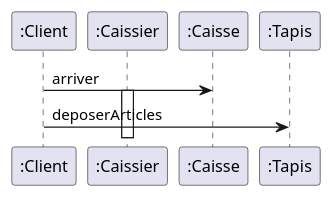
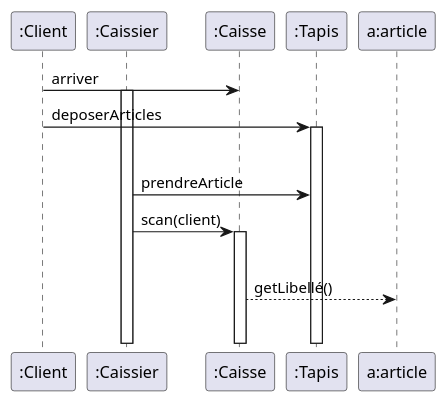
One commit to IUT-Blagnac/bcoo-NicolasIUT changed the diagram in TD05/TD5.2.1.plantuml. Above: the diagram before and after it, drawn with PlantUML.

```diff
--- a/TD05/TD5.2.1.plantuml
+++ b/TD05/TD5.2.1.plantuml
@@ -1,21 +1,35 @@
 @startuml TD5.2.1
 
 
 participant client as ":Client"
 participant caissier as ":Caissier"
 participant caisse as ":Caisse"
 
 
 client -> caisse: arriver
 
 activate caissier
 
 participant tapis as ":Tapis"
 
 client -> tapis: deposerArticles
 
+activate tapis
+
+loop "Pour chaque article a"
+  caissier -> tapis: prendreArticle
+  caissier -> caisse: scan(client)
+  activate caisse
+
+  participant article as "a:article"
+
+  par caisse --> article: getPrix()
+  caisse --> article: getLibellé()
+
+  else
+  opt
 
 
 
 
 @enduml
```
